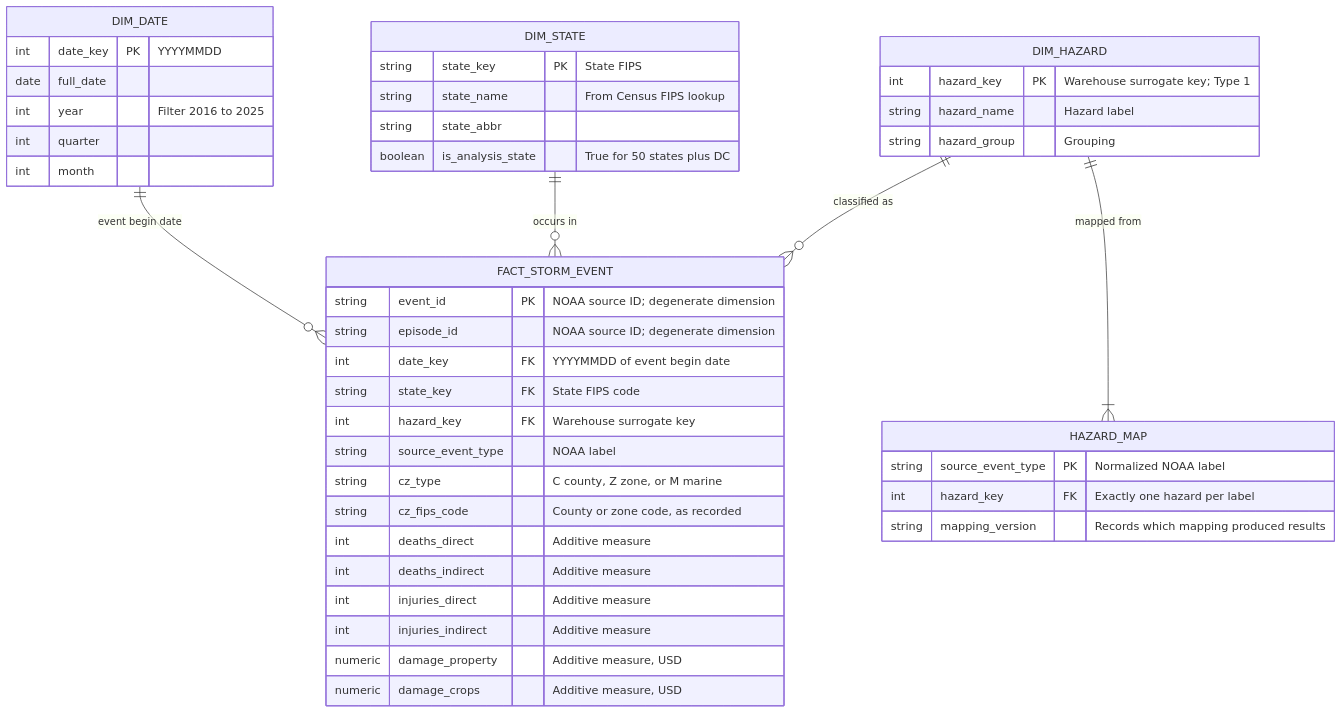
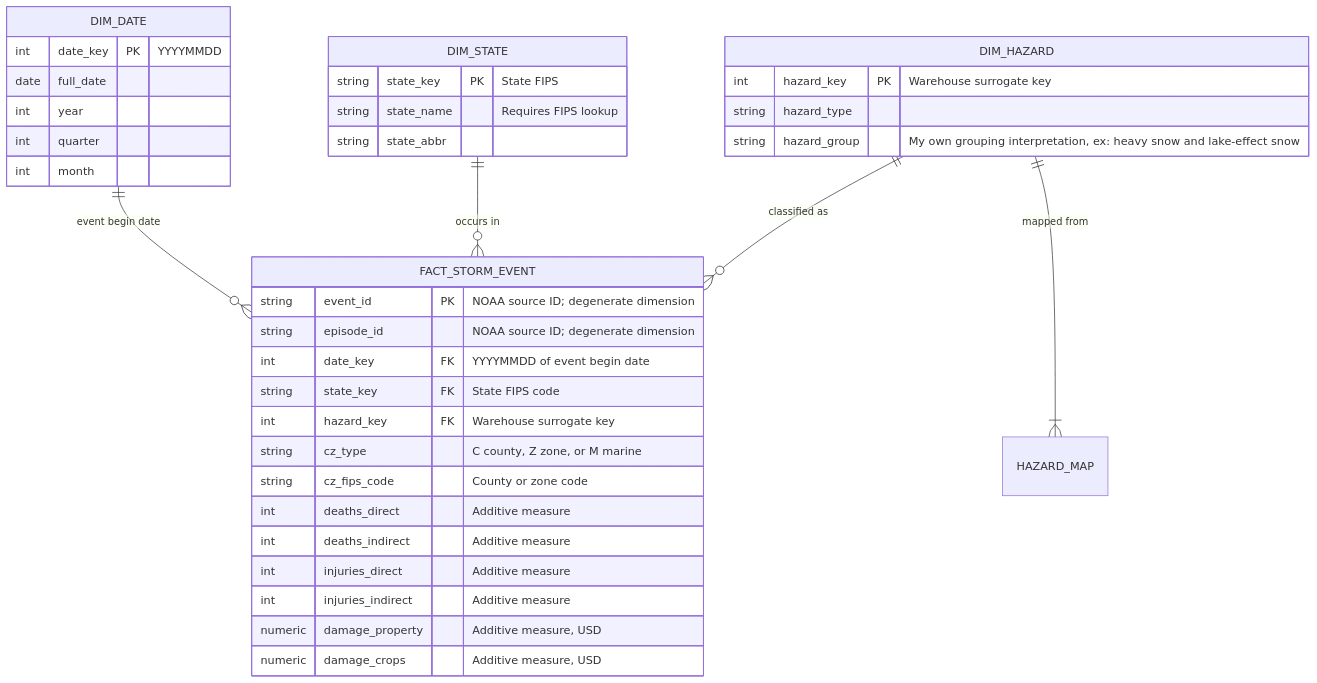
One commit to giro7292-st-thomas/SEIS-732-Data-Product-Project changed the diagram in docs/p1_plan.md. Above: the diagram before and after it, drawn with Mermaid.

Commit message:
Refine schema descriptions and remove source_event_type
Updated descriptions and removed unused fields in the schema.

````diff
--- a/docs/p1_plan.md
+++ b/docs/p1_plan.md
@@ -65,51 +65,43 @@
 ```mermaid
 erDiagram
     DIM_DATE ||--o{ FACT_STORM_EVENT : "event begin date"
     DIM_STATE ||--o{ FACT_STORM_EVENT : "occurs in"
     DIM_HAZARD ||--o{ FACT_STORM_EVENT : "classified as"
     DIM_HAZARD ||--|{ HAZARD_MAP : "mapped from"
 
     FACT_STORM_EVENT {
         string event_id PK "NOAA source ID; degenerate dimension"
         string episode_id "NOAA source ID; degenerate dimension"
         int date_key FK "YYYYMMDD of event begin date"
         string state_key FK "State FIPS code"
         int hazard_key FK "Warehouse surrogate key"
-        string source_event_type "NOAA label"
         string cz_type "C county, Z zone, or M marine"
-        string cz_fips_code "County or zone code, as recorded"
+        string cz_fips_code "County or zone code"
         int deaths_direct "Additive measure"
         int deaths_indirect "Additive measure"
         int injuries_direct "Additive measure"
         int injuries_indirect "Additive measure"
         numeric damage_property "Additive measure, USD"
         numeric damage_crops "Additive measure, USD"
     }
 
     DIM_DATE {
         int date_key PK "YYYYMMDD"
         date full_date
-        int year "Filter 2016 to 2025"
+        int year
         int quarter
         int month
     }
 
     DIM_STATE {
         string state_key PK "State FIPS"
-        string state_name "From Census FIPS lookup"
+        string state_name "Requires FIPS lookup"
         string state_abbr
-        boolean is_analysis_state "True for 50 states plus DC"
     }
 
     DIM_HAZARD {
-        int hazard_key PK "Warehouse surrogate key; Type 1"
-        string hazard_name "Hazard label"
-        string hazard_group "Grouping"
-    }
-
-    HAZARD_MAP {
-        string source_event_type PK "Normalized NOAA label"
-        int hazard_key FK "Exactly one hazard per label"
-        string mapping_version "Records which mapping produced results"
+        int hazard_key PK "Warehouse surrogate key"
+        string hazard_type
+        string hazard_group "My own grouping interpretation, ex: heavy snow and lake-effect snow"
     }
 ```
````
